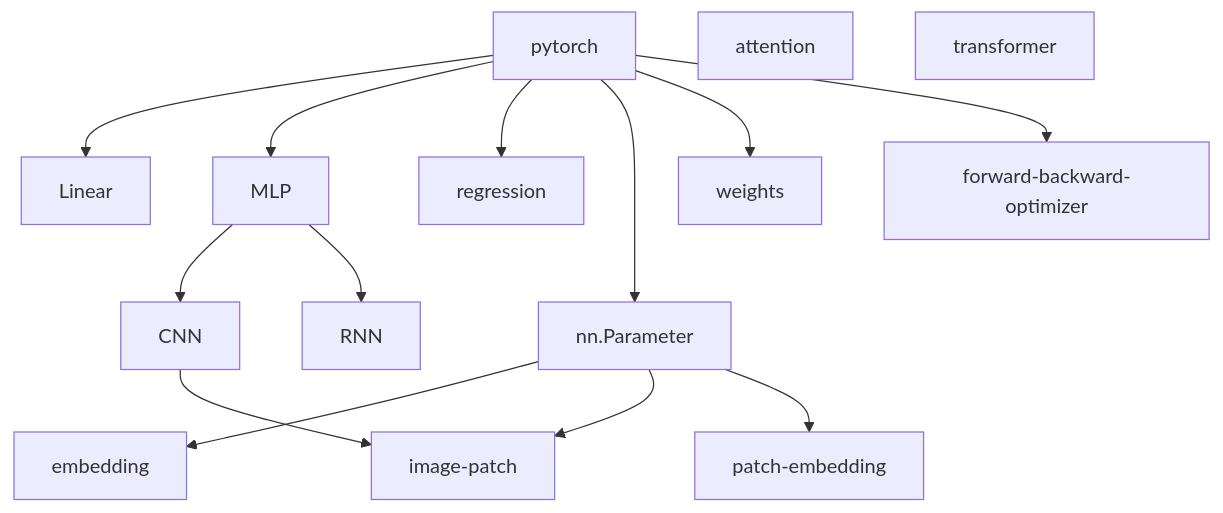
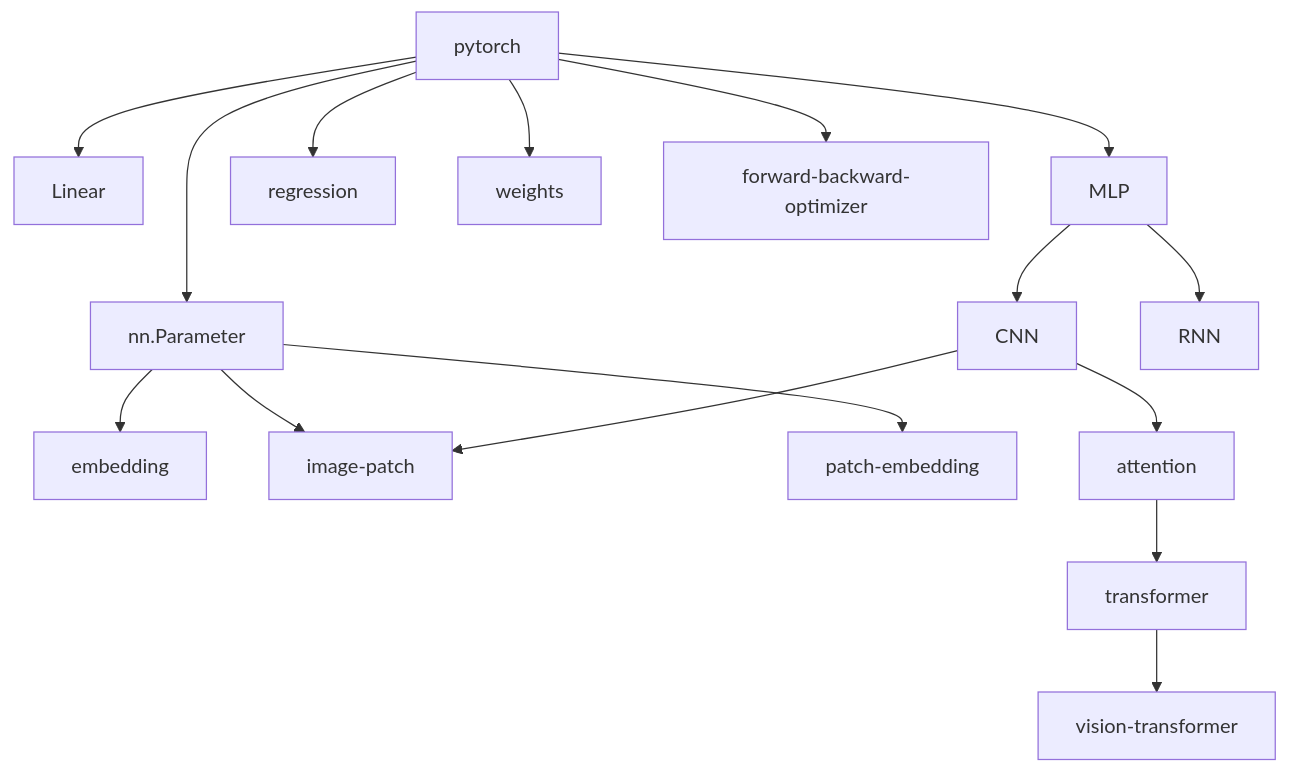
The second of 2 diagrams in 26/09/lets-establish-a-common-language.md (julyfun/how-to), drawn with Mermaid before and after one commit. The commit also changed other lines of this file, not shown here.

````diff
--- a/26/09/lets-establish-a-common-language.md
+++ b/26/09/lets-establish-a-common-language.md
@@ -23,16 +33,17 @@
 ```mermaid
 flowchart TD
     %% level 0
     pytorch
     %% level 1
     pytorch --> Linear & MLP & regression & nn.Parameter & weights & forward-backward-optimizer
     %% level 2
     MLP --> CNN & RNN
     %% level 3
     nn.Parameter --> embedding & image-patch & patch-embedding
     CNN --> image-patch
     %% level 4
-    attention
+    CNN --> attention
     transformer
     %% level 5
+    attention --> transformer --> vision-transformer
 ```
````
